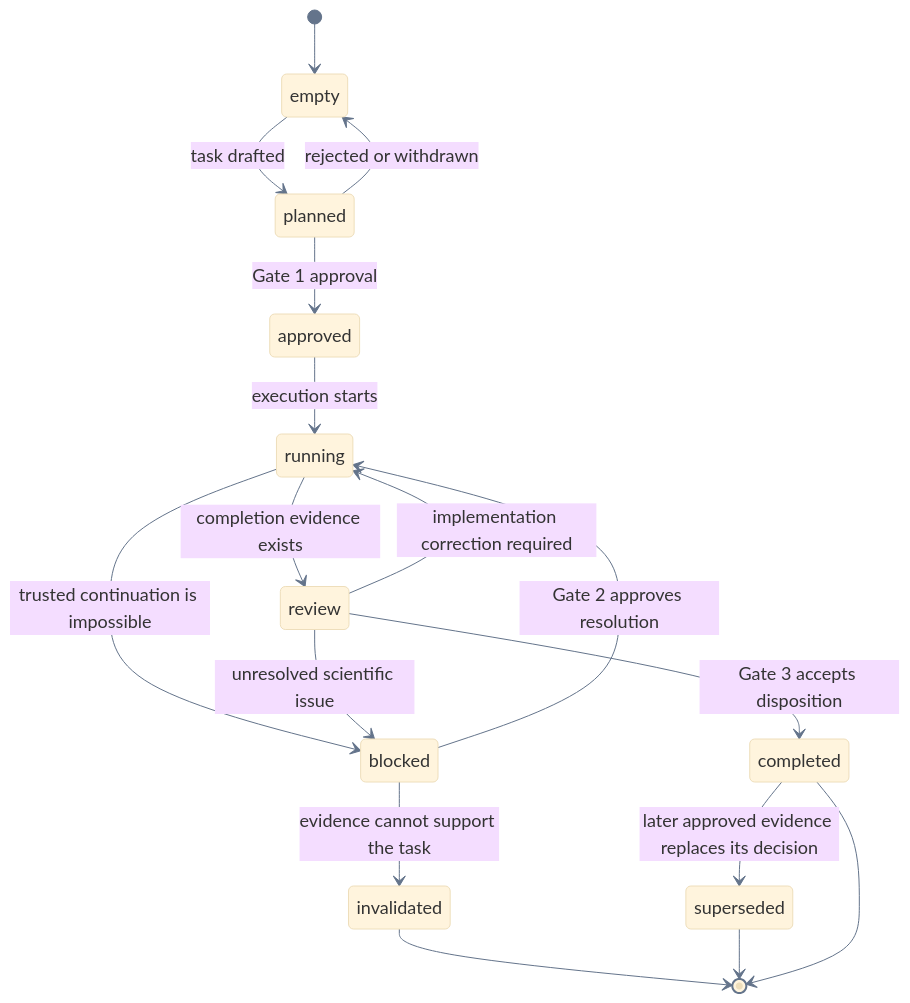
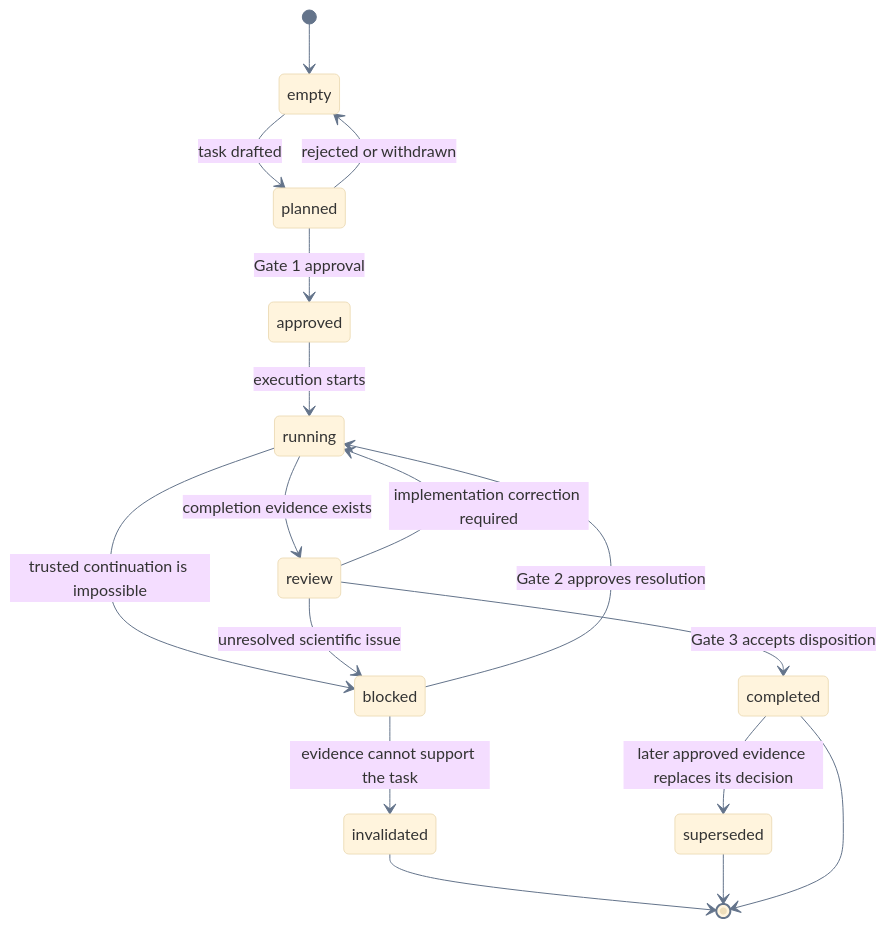
Before and after one commit to Jhziiiig/research-agent-template: the eighth of 8 diagrams in workflow/PROCESS_MAP.md, drawn with Mermaid. The commit also changed other lines of this file and 2 other files, not shown here.

````diff
--- a/workflow/PROCESS_MAP.md
+++ b/workflow/PROCESS_MAP.md
@@ -265,20 +265,20 @@
 ```mermaid
-%%{init: {"theme":"base","themeVariables":{"fontFamily":"Arial, sans-serif","fontSize":"18px","lineColor":"#64748B"},"state":{"useMaxWidth":true}}}%%
+%%{init: {"theme":"base","themeVariables":{"fontFamily":"Arial, sans-serif","fontSize":"16px","lineColor":"#64748B"},"state":{"useMaxWidth":true}}}%%
 stateDiagram-v2
     [*] --> empty
     empty --> planned: task drafted
     planned --> approved: Gate 1 approval
     planned --> empty: rejected or withdrawn
     approved --> running: execution starts
     running --> blocked: trusted continuation is impossible
     blocked --> running: Gate 2 approves resolution
     blocked --> invalidated: evidence cannot support the task
     running --> review: completion evidence exists
     review --> running: implementation correction required
     review --> blocked: unresolved scientific issue
     review --> completed: Gate 3 accepts disposition
     completed --> superseded: later approved evidence replaces its decision
     invalidated --> [*]
     superseded --> [*]
     completed --> [*]
 ```
````
